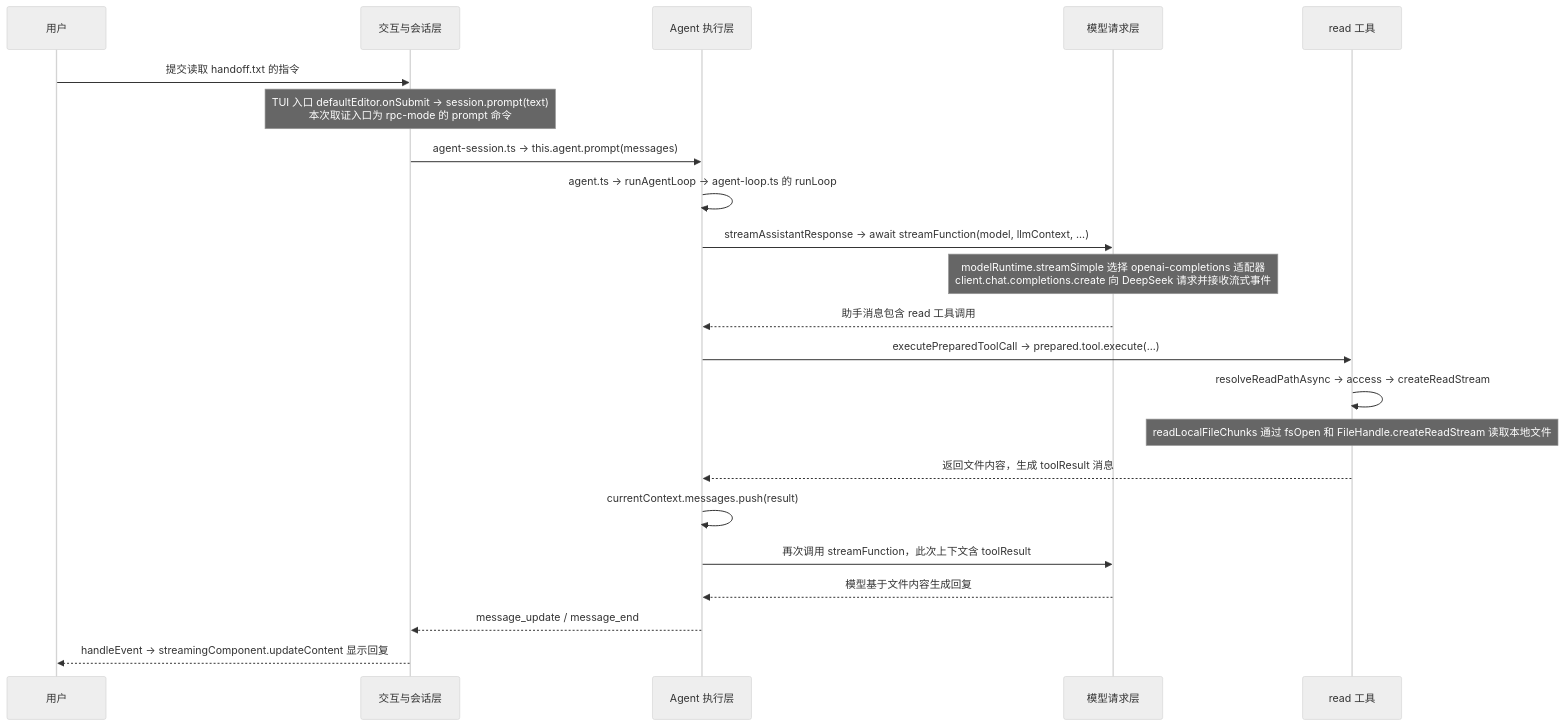
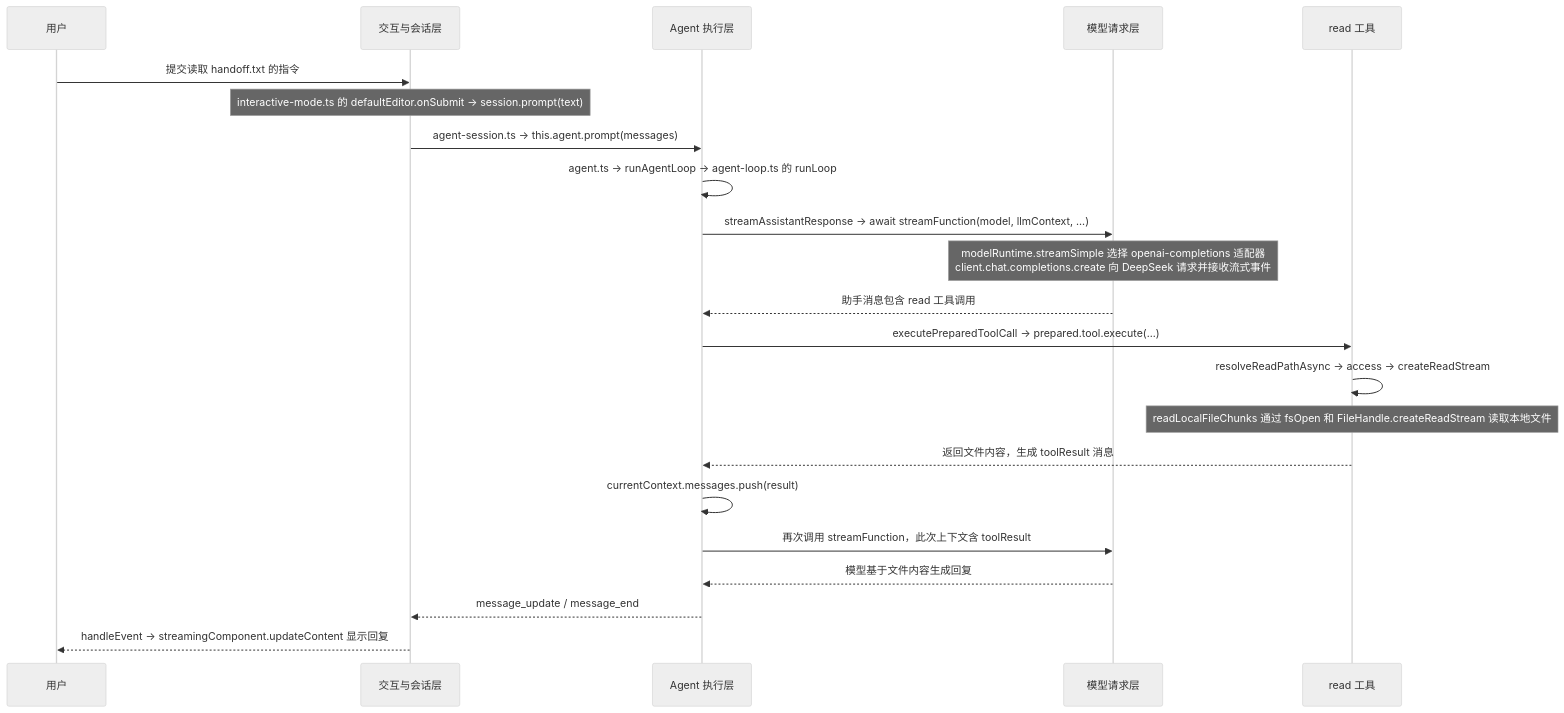
One commit to nexus610/pi-agent-practice-01 changed the first of 2 diagrams in practice-05/practive-05.md. Above: the diagram before and after it, drawn with Mermaid (neutral theme). The commit also changed other lines of this file, not shown here.

````diff
--- a/practice-05/practive-05.md
+++ b/practice-05/practive-05.md
@@ -22,24 +22,24 @@
 ```mermaid
 sequenceDiagram
     participant U as 用户
     participant I as 交互与会话层
     participant A as Agent 执行层
     participant M as 模型请求层
     participant R as read 工具
     U->>I: 提交读取 handoff.txt 的指令
-    Note over I: TUI 入口 defaultEditor.onSubmit → session.prompt(text)<br/>本次取证入口为 rpc-mode 的 prompt 命令
+    Note over I: interactive-mode.ts 的 defaultEditor.onSubmit → session.prompt(text)
     I->>A: agent-session.ts → this.agent.prompt(messages)
     A->>A: agent.ts → runAgentLoop → agent-loop.ts 的 runLoop
     A->>M: streamAssistantResponse → await streamFunction(model, llmContext, ...)
     Note over M: modelRuntime.streamSimple 选择 openai-completions 适配器<br/>client.chat.completions.create 向 DeepSeek 请求并接收流式事件
     M-->>A: 助手消息包含 read 工具调用
     A->>R: executePreparedToolCall → prepared.tool.execute(...)
     R->>R: resolveReadPathAsync → access → createReadStream
     Note over R: readLocalFileChunks 通过 fsOpen 和 FileHandle.createReadStream 读取本地文件
     R-->>A: 返回文件内容，生成 toolResult 消息
     A->>A: currentContext.messages.push(result)
     A->>M: 再次调用 streamFunction，此次上下文含 toolResult
     M-->>A: 模型基于文件内容生成回复
     A-->>I: message_update / message_end
     I-->>U: handleEvent → streamingComponent.updateContent 显示回复
 ```
````
